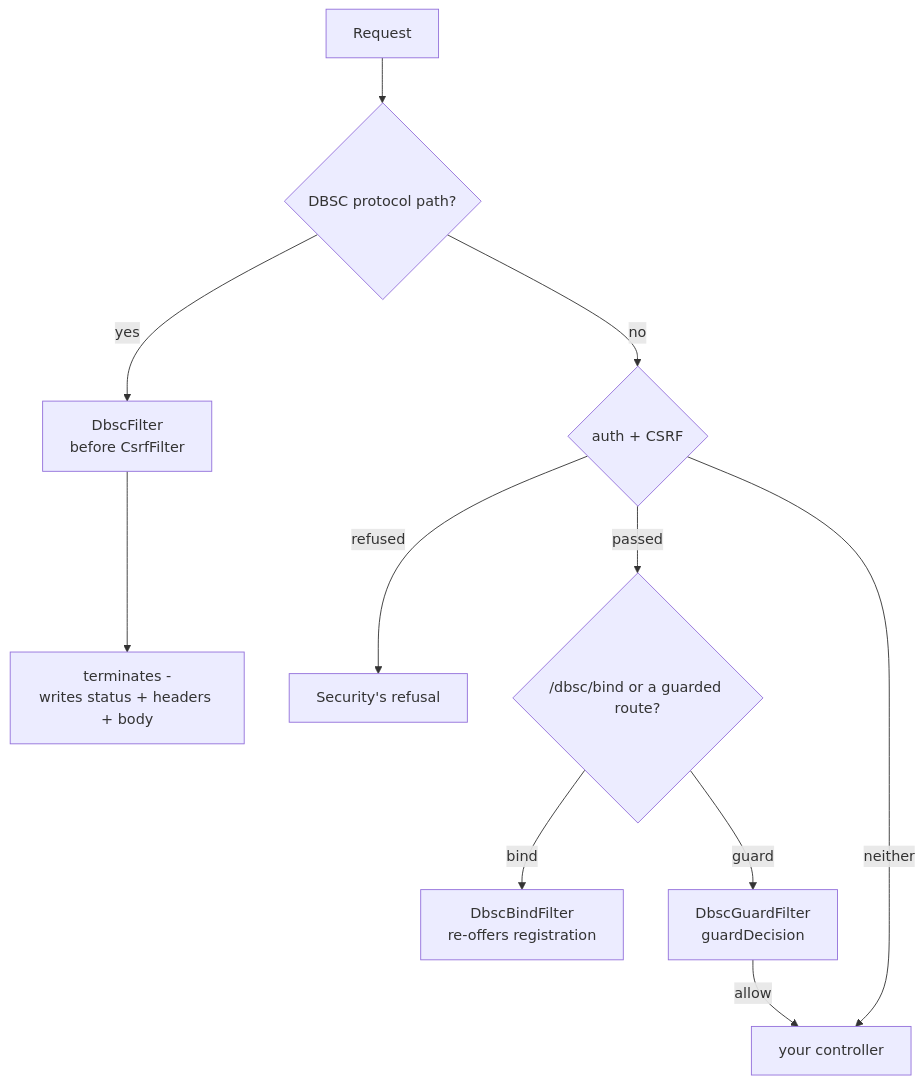
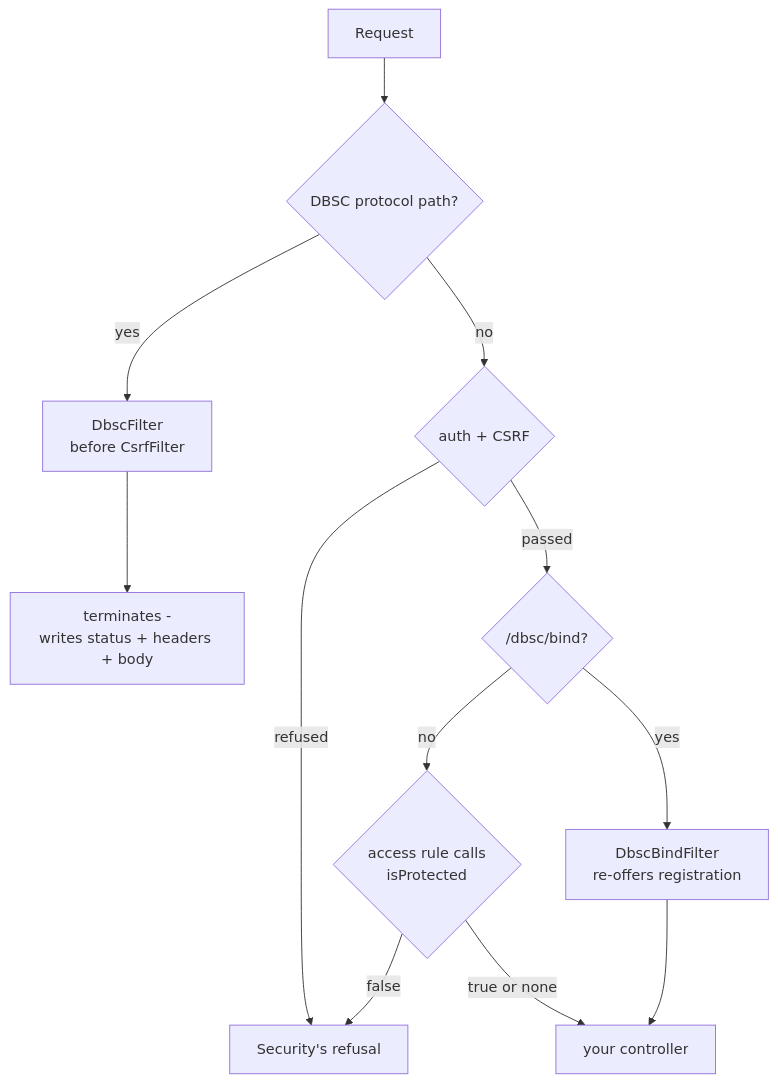
One commit to yuukioosaka/spring-dbsc changed the eighth of 12 diagrams in README.md. Above: the diagram before and after it, drawn with Mermaid. The commit also changed other lines of this file and 18 other files, not shown here.

````diff
--- a/README.md
+++ b/README.md
@@ -782,13 +768,14 @@
 ```mermaid
 flowchart TD
     A[Request] --> B{DBSC protocol path?}
     B -- yes --> C[DbscFilter<br/>before CsrfFilter]
     C --> C2[terminates -<br/>writes status + headers + body]
     B -- no --> E{auth + CSRF}
     E -- refused --> X[Security's refusal]
-    E -- passed --> G{/dbsc/bind or a guarded route?}
-    G -- bind --> HB[DbscBindFilter<br/>re-offers registration]
-    G -- guard --> H[DbscGuardFilter<br/>guardDecision]
-    H -- allow --> F[your controller]
-    E -- neither --> F
+    E -- passed --> G{/dbsc/bind?}
+    G -- yes --> HB[DbscBindFilter<br/>re-offers registration]
+    G -- no --> H{access rule calls<br/>isProtected}
+    H -- false --> X
+    H -- true or none --> F[your controller]
+    HB --> F
 ```
````
